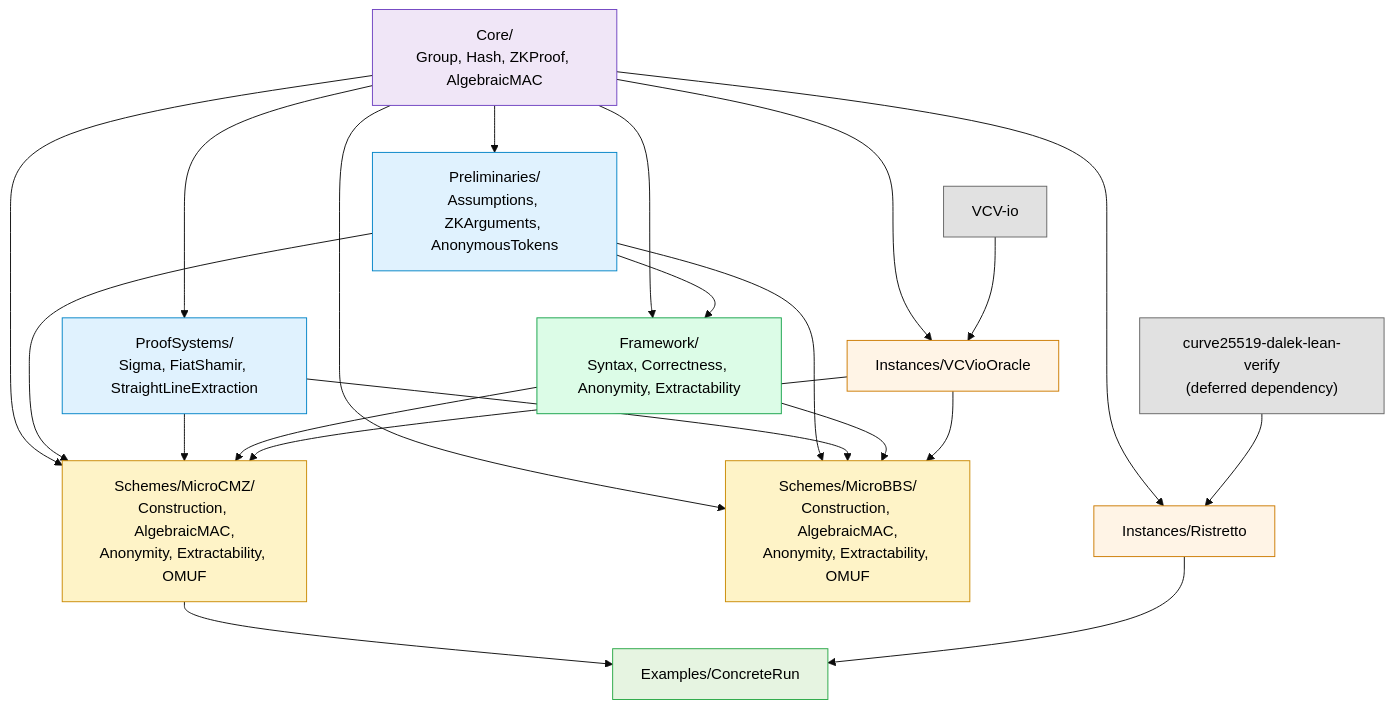
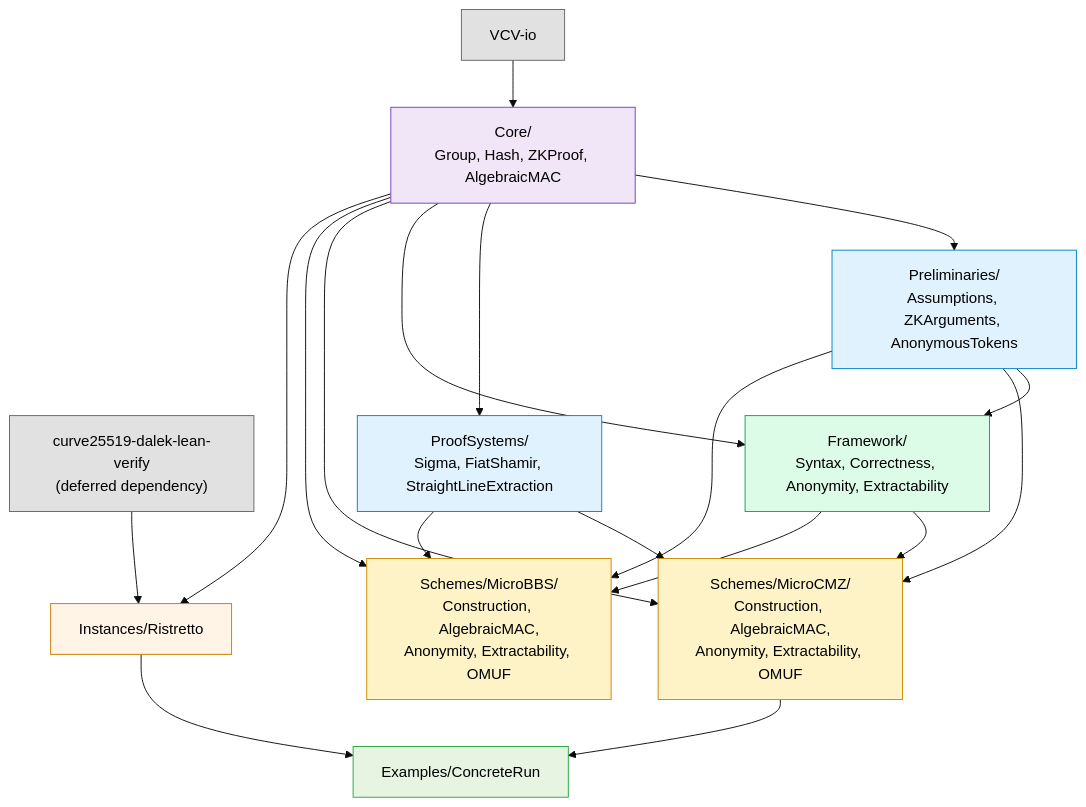
Before and after one commit to Beneficial-AI-Foundation/KeyedVerificationAnonymousCredential-model: the diagram in docs/PLAN.md, drawn with Mermaid (base theme). The commit also changed other lines of this file and 8 other files, not shown here.

````diff
--- a/docs/PLAN.md
+++ b/docs/PLAN.md
@@ -127,56 +124,52 @@
 ```mermaid
 graph TD
   VCVio["VCV-io"]:::ext
   Dalek["curve25519-dalek-lean-verify<br/>(deferred dependency)"]:::ext
 
   Core["Core/<br/>Group, Hash, ZKProof, AlgebraicMAC"]:::core
 
   Pre["Preliminaries/<br/>Assumptions, ZKArguments, AnonymousTokens"]:::pre
   PS["ProofSystems/<br/>Sigma, FiatShamir, StraightLineExtraction"]:::pre
 
   FW["Framework/<br/>Syntax, Correctness, Anonymity, Extractability"]:::fw
 
   CMZ["Schemes/MicroCMZ/<br/>Construction, AlgebraicMAC,<br/>Anonymity, Extractability, OMUF"]:::scheme
   BBS["Schemes/MicroBBS/<br/>Construction, AlgebraicMAC,<br/>Anonymity, Extractability, OMUF"]:::scheme
 
   RTto["Instances/Ristretto"]:::inst
-  VCVO["Instances/VCVioOracle"]:::inst
 
   Examples["Examples/ConcreteRun"]:::ex
+
+  VCVio --> Core
 
   Core --> Pre
   Core --> PS
   Core --> FW
   Core --> CMZ
   Core --> BBS
   Core --> RTto
-  Core --> VCVO
 
   Pre --> FW
   Pre --> CMZ
   Pre --> BBS
 
   PS --> CMZ
   PS --> BBS
 
   FW --> CMZ
   FW --> BBS
 
   CMZ --> Examples
 
   Dalek --> RTto
-  VCVio --> VCVO
 
   RTto --> Examples
-
-  VCVO --> CMZ
-  VCVO --> BBS
 
   classDef ext fill:#e1e1e1,stroke:#666,color:#000
   classDef core fill:#f0e6f7,stroke:#6f42c1,color:#000
   classDef pre fill:#e0f2fe,stroke:#0284c7,color:#000
   classDef fw fill:#dcfce7,stroke:#16a34a,color:#000
   classDef scheme fill:#fef3c7,stroke:#ca8a04,color:#000
   classDef inst fill:#fff4e6,stroke:#cc7a00,color:#000
   classDef ex fill:#e6f4e1,stroke:#28a745,color:#000
 ```
````
